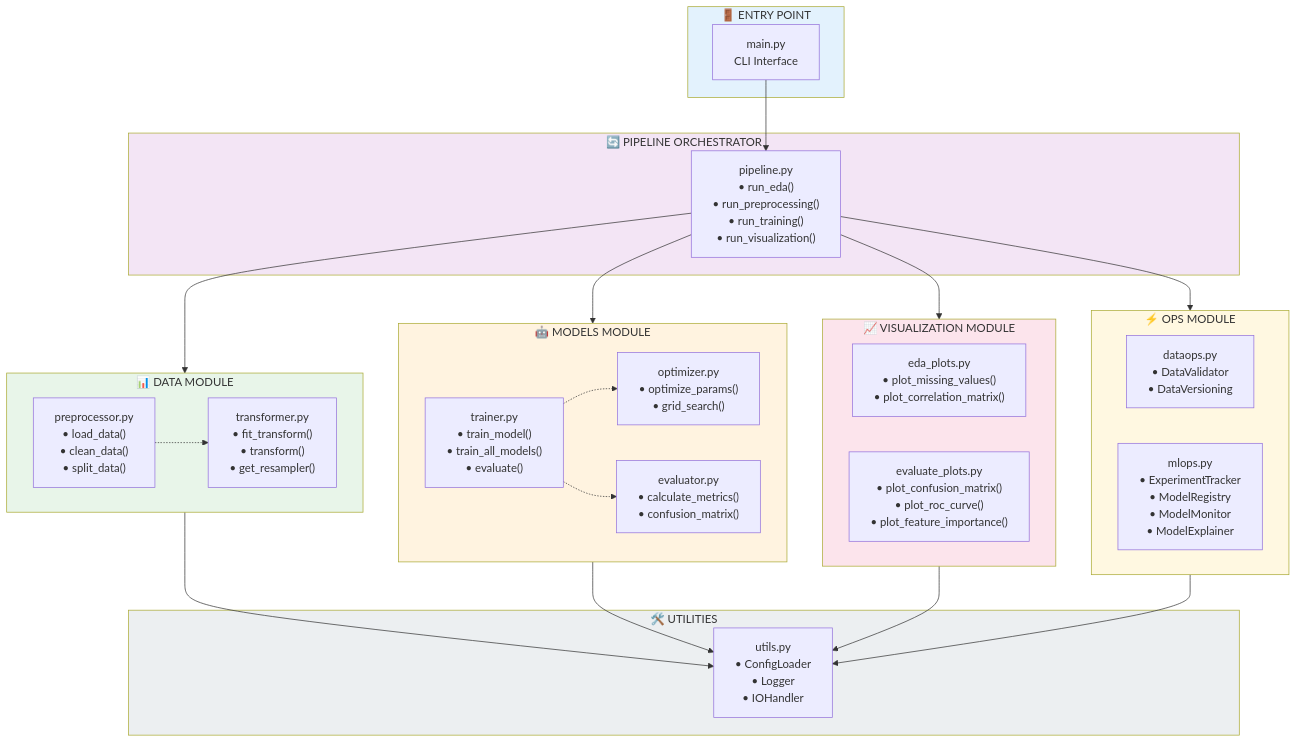
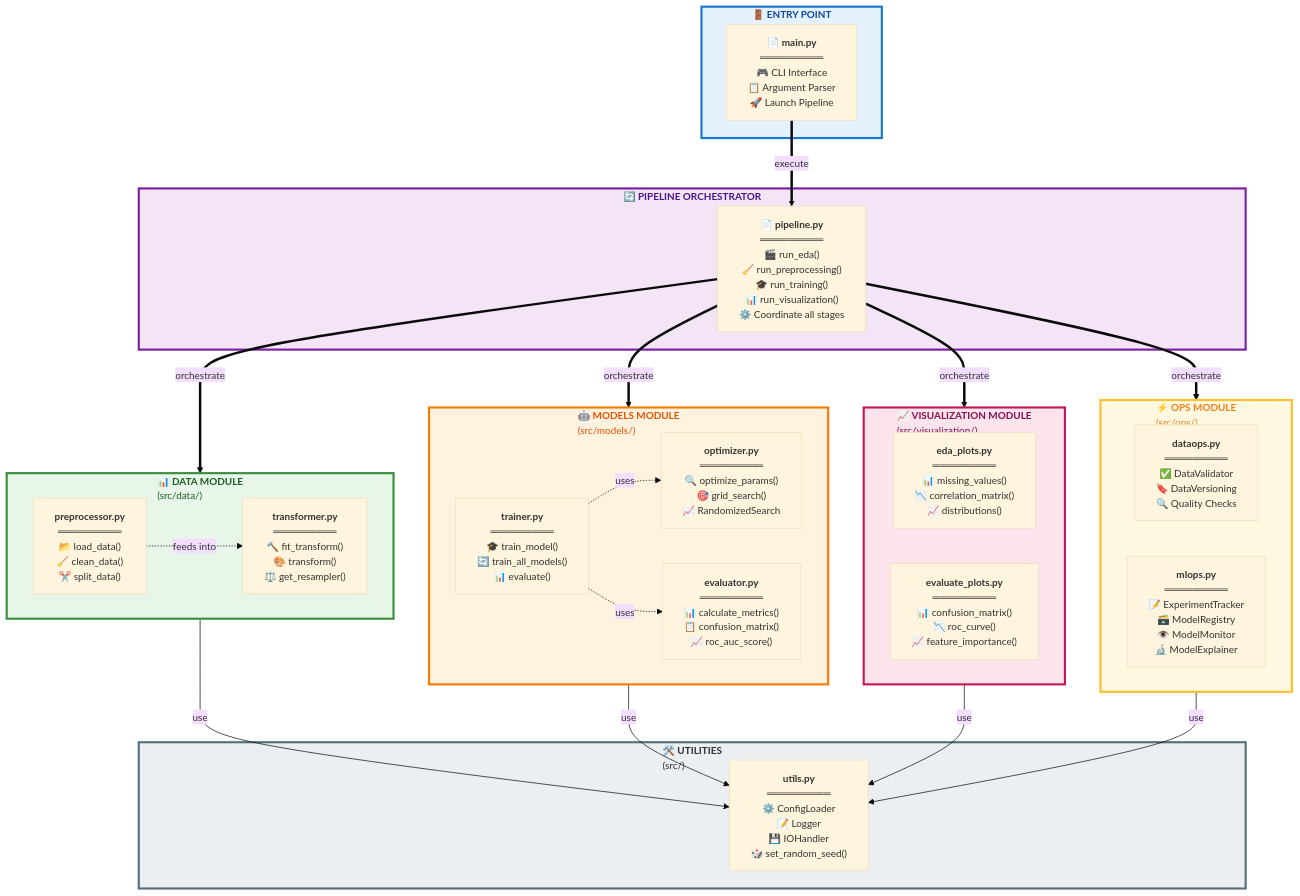
Before and after one commit to civi0411/Churn_Analys_and_Prediction: the third of 3 diagrams in README.md, drawn with Mermaid. The commit also changed other lines of this file and 28 other files, not shown here.

````diff
--- a/README.md
+++ b/README.md
@@ -160,58 +181,67 @@
 ```mermaid
+%%{init: {'theme':'base', 'themeVariables': { 'fontSize':'14px'}}}%%
 graph TB
-    subgraph ENTRY["🚪 ENTRY POINT"]
-        MAIN["main.py<br/>CLI Interface"]
+    subgraph ENTRY ["<b>🚪 ENTRY POINT</b>"]
+        MAIN["<b>📄 main.py</b><br/>═════════<br/>🎮 CLI Interface<br/>📋 Argument Parser<br/>🚀 Launch Pipeline"]
     end
     
-    subgraph PIPELINE["🔄 PIPELINE ORCHESTRATOR"]
-        PIPE["pipeline.py<br/>• run_eda()<br/>• run_preprocessing()<br/>• run_training()<br/>• run_visualization()"]
+    subgraph PIPELINE ["<b>🔄 PIPELINE ORCHESTRATOR</b>"]
+        PIPE["<b>📄 pipeline.py</b><br/>═════════<br/>🎬 run_eda()<br/>🧹 run_preprocessing()<br/>🎓 run_training()<br/>📊 run_visualization()<br/>⚙️ Coordinate all stages"]
     end
 
-    subgraph DATA["📊 DATA MODULE"]
-        PREP["preprocessor.py<br/>• load_data()<br/>• clean_data()<br/>• split_data()"]
-        TRANS["transformer.py<br/>• fit_transform()<br/>• transform()<br/>• get_resampler()"]
+    subgraph DATA ["<b>📊 DATA MODULE</b><br/>(src/data/)"]
+        PREP["<b>preprocessor.py</b><br/>═════════<br/>📂 load_data()<br/>🧹 clean_data()<br/>✂️ split_data()"]
+        TRANS["<b>transformer.py</b><br/>═════════<br/>🔨 fit_transform()<br/>🎨 transform()<br/>⚖️ get_resampler()"]
     end
     
-    subgraph MODELS["🤖 MODELS MODULE"]
-        TRAIN["trainer.py<br/>• train_model()<br/>• train_all_models()<br/>• evaluate()"]
-        OPT["optimizer.py<br/>• optimize_params()<br/>• grid_search()"]
-        EVAL["evaluator.py<br/>• calculate_metrics()<br/>• confusion_matrix()"]
+    subgraph MODELS ["<b>🤖 MODELS MODULE</b><br/>(src/models/)"]
+        TRAIN["<b>trainer.py</b><br/>═════════<br/>🎓 train_model()<br/>🔄 train_all_models()<br/>📊 evaluate()"]
+        OPT["<b>optimizer.py</b><br/>═════════<br/>🔍 optimize_params()<br/>🎯 grid_search()<br/>📈 RandomizedSearch"]
+        EVAL["<b>evaluator.py</b><br/>═════════<br/>📊 calculate_metrics()<br/>📋 confusion_matrix()<br/>📈 roc_auc_score()"]
     end
     
-    subgraph VIZ["📈 VISUALIZATION MODULE"]
-        EDA["eda_plots.py<br/>• plot_missing_values()<br/>• plot_correlation_matrix()"]
-        EVIZ["evaluate_plots.py<br/>• plot_confusion_matrix()<br/>• plot_roc_curve()<br/>• plot_feature_importance()"]
+    subgraph VIZ ["<b>📈 VISUALIZATION MODULE</b><br/>(src/visualization/)"]
+        EDA["<b>eda_plots.py</b><br/>═════════<br/>📊 missing_values()<br/>📉 correlation_matrix()<br/>📈 distributions()"]
+        EVIZ["<b>evaluate_plots.py</b><br/>═════════<br/>📊 confusion_matrix()<br/>📉 roc_curve()<br/>📈 feature_importance()"]
     end
     
-    subgraph OPS["⚡ OPS MODULE"]
-        DOPS["dataops.py<br/>• DataValidator<br/>• DataVersioning"]
-        MOPS["mlops.py<br/>• ExperimentTracker<br/>• ModelRegistry<br/>• ModelMonitor<br/>• ModelExplainer"]
+    subgraph OPS ["<b>⚡ OPS MODULE</b><br/>(src/ops/)"]
+        DOPS["<b>dataops.py</b><br/>═════════<br/>✅ DataValidator<br/>🔖 DataVersioning<br/>🔍 Quality Checks"]
+        MOPS["<b>mlops.py</b><br/>═════════<br/>📝 ExperimentTracker<br/>🗃️ ModelRegistry<br/>👁️ ModelMonitor<br/>🔬 ModelExplainer"]
     end
     
-    subgraph UTILS["🛠️ UTILITIES"]
-        UTIL["utils.py<br/>• ConfigLoader<br/>• Logger<br/>• IOHandler"]
+    subgraph UTILS ["<b>🛠️ UTILITIES</b><br/>(src/)"]
+        UTIL["<b>utils.py</b><br/>═════════<br/>⚙️ ConfigLoader<br/>📝 Logger<br/>💾 IOHandler<br/>🎲 set_random_seed()"]
     end
 
-    MAIN --> PIPE
-    PIPE --> DATA
-    PIPE --> MODELS
-    PIPE --> VIZ
-    PIPE --> OPS
+    MAIN ==>|"execute"| PIPE
+    PIPE ==>|"orchestrate"| DATA
+    PIPE ==>|"orchestrate"| MODELS
+    PIPE ==>|"orchestrate"| VIZ
+    PIPE ==>|"orchestrate"| OPS
     
-    DATA --> UTIL
-    MODELS --> UTIL
-    VIZ --> UTIL
-    OPS --> UTIL
+    DATA -->|"use"| UTIL
+    MODELS -->|"use"| UTIL
+    VIZ -->|"use"| UTIL
+    OPS -->|"use"| UTIL
     
-    PREP -.-> TRANS
-    TRAIN -.-> OPT
-    TRAIN -.-> EVAL
+    PREP -.->|"feeds into"| TRANS
+    TRAIN -.->|"uses"| OPT
+    TRAIN -.->|"uses"| EVAL
 
-    style ENTRY fill:#e3f2fd
-    style PIPELINE fill:#f3e5f5
-    style DATA fill:#e8f5e9
-    style MODELS fill:#fff3e0
-    style VIZ fill:#fce4ec
-    style OPS fill:#fff8e1
-    style UTILS fill:#eceff1
+    classDef entryStyle fill:#e3f2fd,stroke:#1976d2,stroke-width:3px,color:#0d47a1
+    classDef pipeStyle fill:#f3e5f5,stroke:#7b1fa2,stroke-width:3px,color:#4a148c
+    classDef dataStyle fill:#e8f5e9,stroke:#388e3c,stroke-width:3px,color:#1b5e20
+    classDef modelStyle fill:#fff3e0,stroke:#f57c00,stroke-width:3px,color:#e65100
+    classDef vizStyle fill:#fce4ec,stroke:#c2185b,stroke-width:3px,color:#880e4f
+    classDef opsStyle fill:#fff8e1,stroke:#fbc02d,stroke-width:3px,color:#f57f17
+    classDef utilStyle fill:#eceff1,stroke:#546e7a,stroke-width:3px,color:#263238
+    
+    class ENTRY entryStyle
+    class PIPELINE pipeStyle
+    class DATA dataStyle
+    class MODELS modelStyle
+    class VIZ vizStyle
+    class OPS opsStyle
+    class UTILS utilStyle
 ```
````
